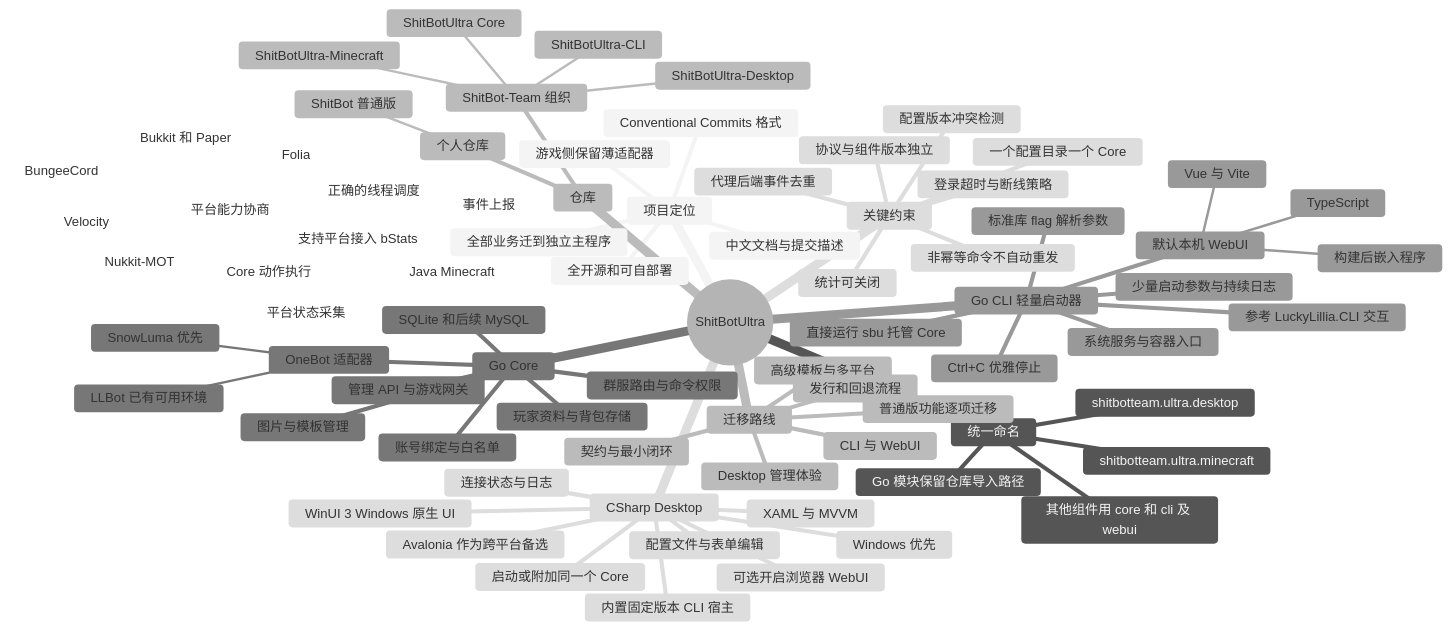
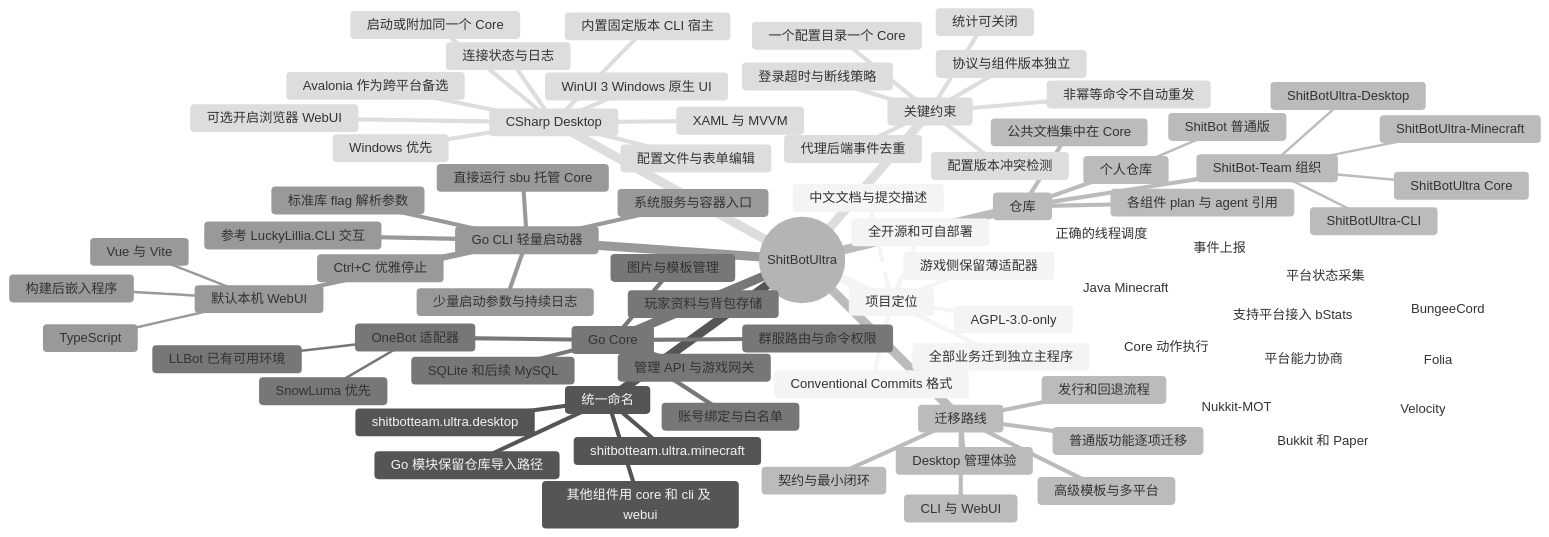
One commit to ShitBot-Team/ShitBotUltra changed the diagram in docs/plan/04-思维导图.md. Above: the diagram before and after it, drawn with Mermaid (neutral theme). The commit also changed other lines of this file and 8 other files, not shown here.

```diff
--- a/docs/plan/04-思维导图.md
+++ b/docs/plan/04-思维导图.md
@@ -9,6 +9,7 @@
       全部业务迁到独立主程序
       游戏侧保留薄适配器
       全开源和可自部署
+      AGPL-3.0-only
       中文文档与提交描述
       Conventional Commits 格式
     统一命名
@@ -24,6 +25,8 @@
         ShitBotUltra-CLI
         ShitBotUltra-Desktop
         ShitBotUltra-Minecraft
+      公共文档集中在 Core
+      各组件 plan 与 agent 引用
     Go Core
       账号绑定与白名单
       群服路由与命令权限
```
